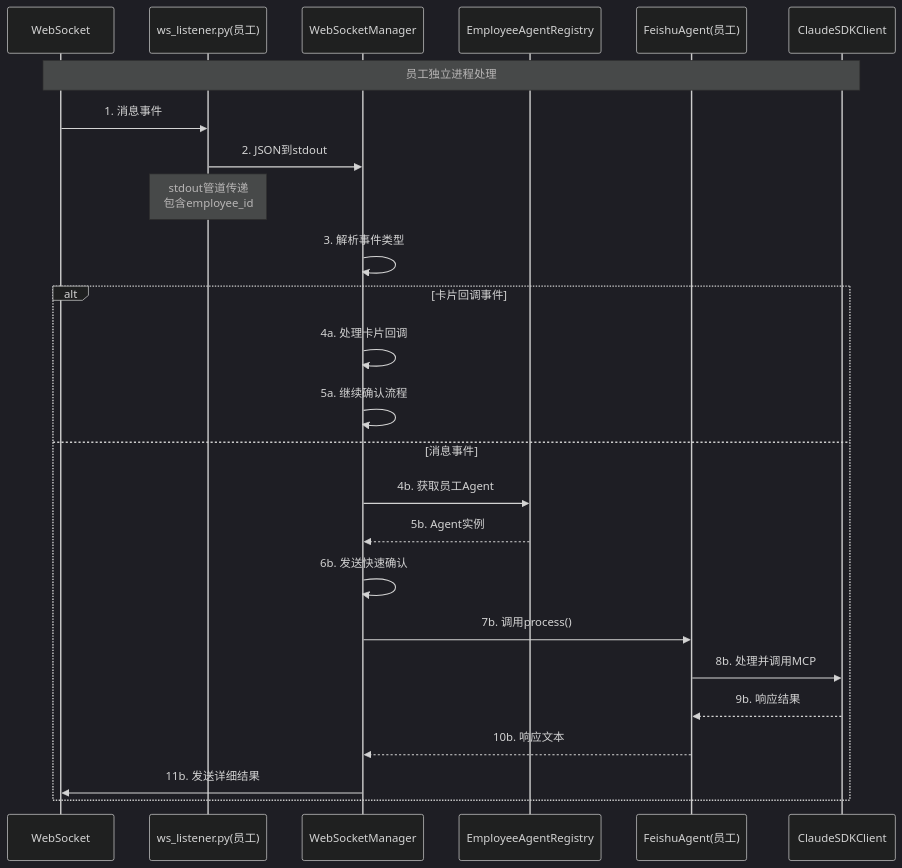
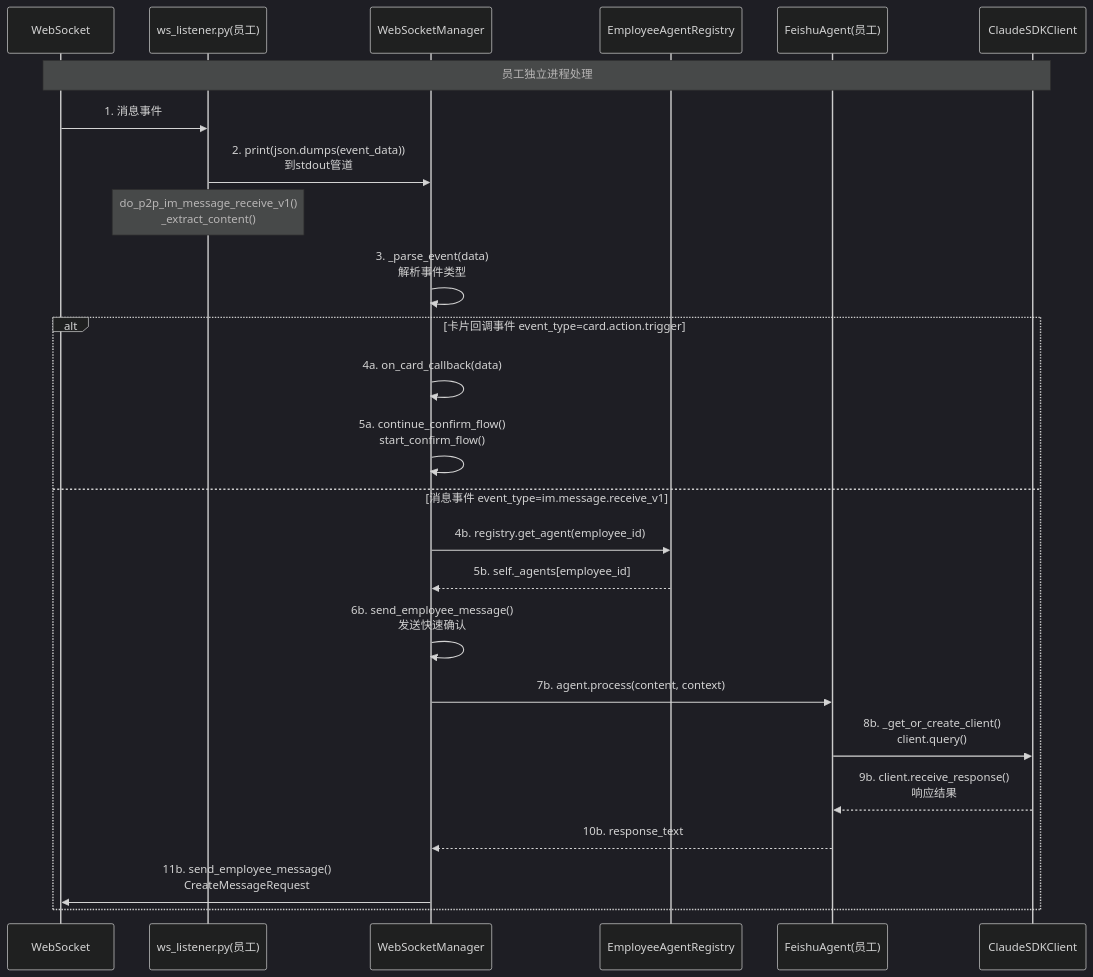
Before and after one commit to xiaocaipi/mm-doc: the fourth of 8 diagrams in agent/code_flow_analysis_feishu_agent_deep.md, drawn with Mermaid (dark theme). The commit also changed other lines of this file, not shown here.

````diff
--- a/agent/code_flow_analysis_feishu_agent_deep.md
+++ b/agent/code_flow_analysis_feishu_agent_deep.md
@@ -154,30 +154,30 @@
 ```mermaid
 sequenceDiagram
     participant WS as WebSocket
     participant Listener as ws_listener.py(员工)
     participant Manager as WebSocketManager
     participant Registry as EmployeeAgentRegistry
     participant Agent as FeishuAgent(员工)
     participant SDK as ClaudeSDKClient
     
     Note over WS,SDK: 员工独立进程处理
     
     WS->>Listener: 1. 消息事件
-    Listener->>Manager: 2. JSON到stdout
-    Note over Listener: stdout管道传递<br/>包含employee_id
-    Manager->>Manager: 3. 解析事件类型
+    Listener->>Manager: 2. print(json.dumps(event_data))<br/>到stdout管道
+    Note over Listener: do_p2p_im_message_receive_v1()<br/>_extract_content()
+    Manager->>Manager: 3. _parse_event(data)<br/>解析事件类型
     
-    alt 卡片回调事件
-        Manager->>Manager: 4a. 处理卡片回调
-        Manager->>Manager: 5a. 继续确认流程
-    else 消息事件
-        Manager->>Registry: 4b. 获取员工Agent
-        Registry-->>Manager: 5b. Agent实例
-        Manager->>Manager: 6b. 发送快速确认
-        Manager->>Agent: 7b. 调用process()
-        Agent->>SDK: 8b. 处理并调用MCP
-        SDK-->>Agent: 9b. 响应结果
-        Agent-->>Manager: 10b. 响应文本
-        Manager->>WS: 11b. 发送详细结果
+    alt 卡片回调事件 event_type=card.action.trigger
+        Manager->>Manager: 4a. on_card_callback(data)
+        Manager->>Manager: 5a. continue_confirm_flow()<br/>start_confirm_flow()
+    else 消息事件 event_type=im.message.receive_v1
+        Manager->>Registry: 4b. registry.get_agent(employee_id)
+        Registry-->>Manager: 5b. self._agents[employee_id]
+        Manager->>Manager: 6b. send_employee_message()<br/>发送快速确认
+        Manager->>Agent: 7b. agent.process(content, context)
+        Agent->>SDK: 8b. _get_or_create_client()<br/>client.query()
+        SDK-->>Agent: 9b. client.receive_response()<br/>响应结果
+        Agent-->>Manager: 10b. response_text
+        Manager->>WS: 11b. send_employee_message()<br/>CreateMessageRequest
     end
 ```
````
